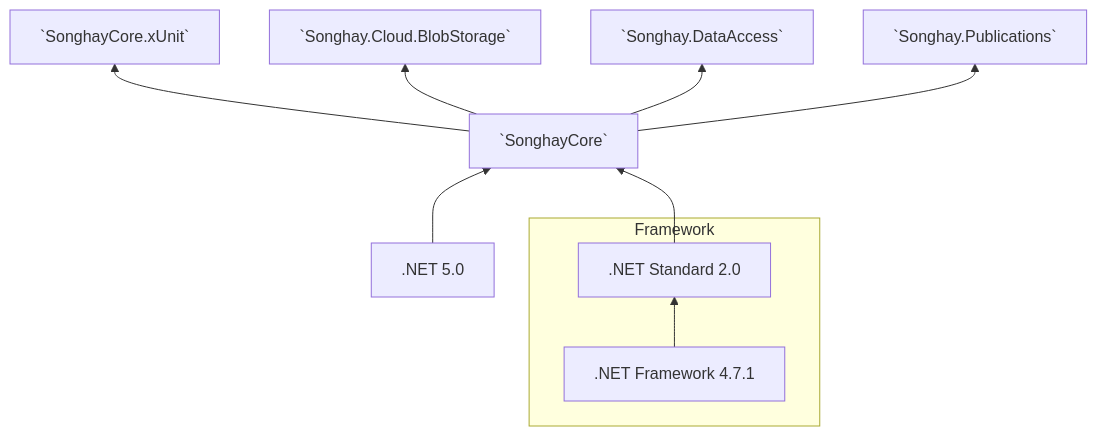
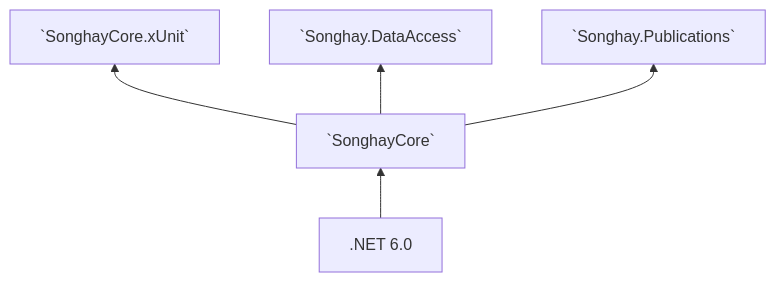
The diagram in README.md (BryanWilhite/SonghayCore), drawn with Mermaid before and after one commit. The commit also changed other lines of this file, not shown here.

````diff
--- a/README.md
+++ b/README.md
@@ -94,21 +94,13 @@
 ```mermaid
 graph BT
-	net5[.NET 5.0]
-
-    subgraph fw[Framework]
-        st20[.NET Standard 2.0]
-        fw471[.NET Framework 4.7.1]
-    end
+    net6[.NET 6.0]
 
     1[`SonghayCore`]
 
-    net5-->1
-    st20-->1
-    fw471-->st20
+    net6-->1
 
     1-->2[`SonghayCore.xUnit`]
-    1-->3[`Songhay.Cloud.BlobStorage`]
-    1-->4[`Songhay.DataAccess`]
-    1-->5[`Songhay.Publications`]
+    1-->3[`Songhay.DataAccess`]
+    1-->4[`Songhay.Publications`]
 
 ```
````
